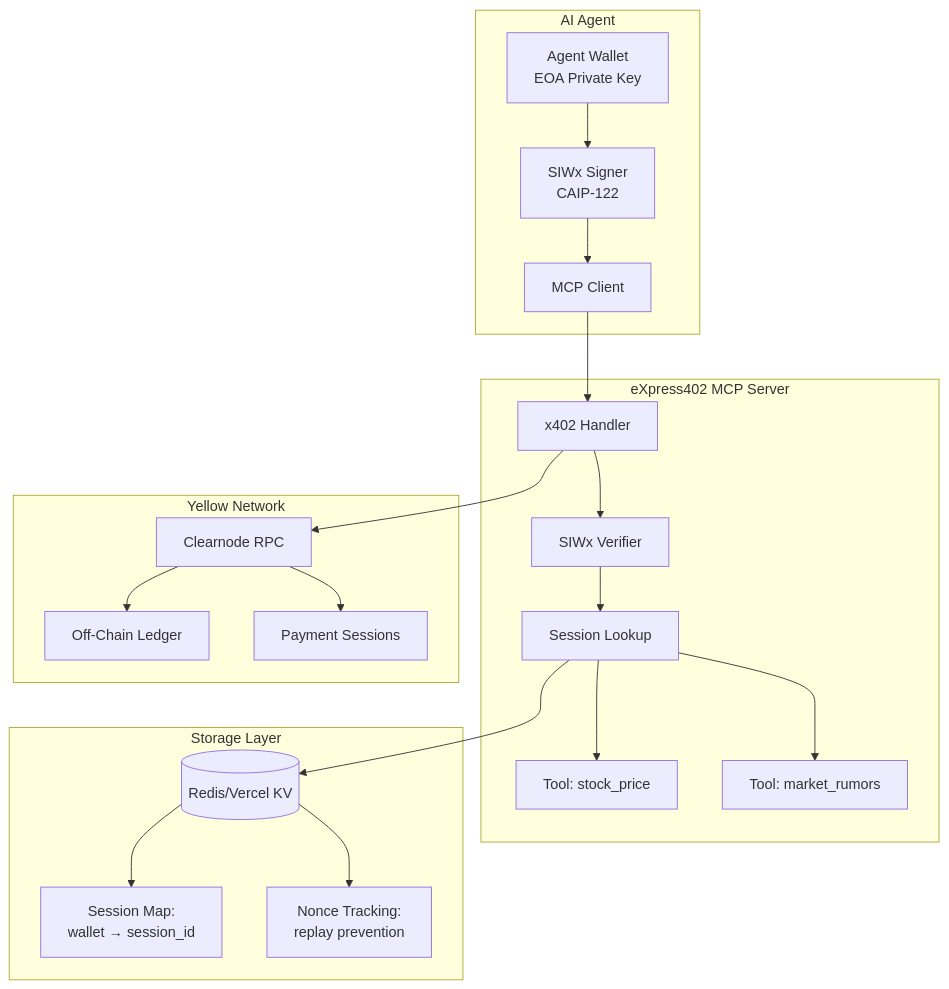
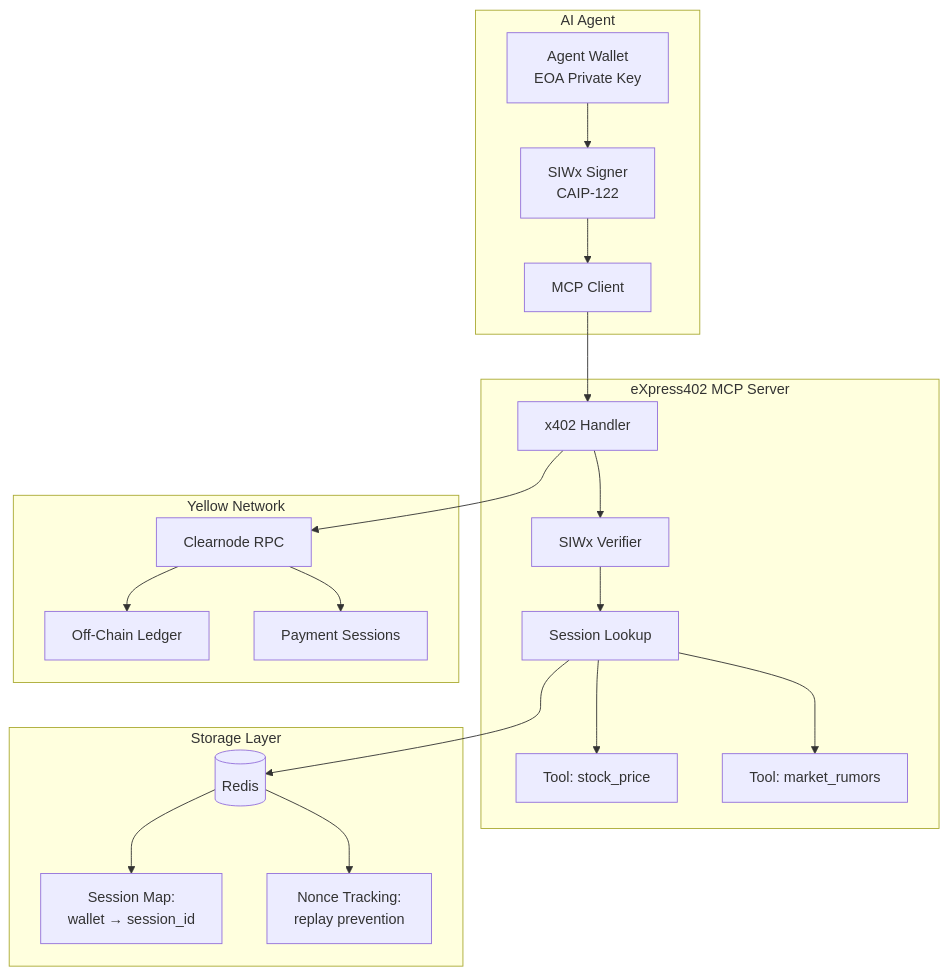
The first of 8 diagrams in docs/HACKATHON-FLOWS.md (vhspace/eXpress402), drawn with Mermaid before and after one commit. The commit also changed other lines of this file, not shown here.

First line of the commit message:
docs: remove Vercel KV mention in hackathon flows

````diff
--- a/docs/HACKATHON-FLOWS.md
+++ b/docs/HACKATHON-FLOWS.md
@@ -25,42 +25,42 @@
 ```mermaid
 graph TB
     subgraph "AI Agent"
         A1[Agent Wallet<br/>EOA Private Key]
         A2[SIWx Signer<br/>CAIP-122]
         A3[MCP Client]
     end
     
     subgraph "eXpress402 MCP Server"
         S1[x402 Handler]
         S2[SIWx Verifier]
         S3[Session Lookup]
         S4[Tool: stock_price]
         S5[Tool: market_rumors]
     end
     
     subgraph "Storage Layer"
-        R1[(Redis/Vercel KV)]
+        R1[(Redis)]
         R2[Session Map:<br/>wallet → session_id]
         R3[Nonce Tracking:<br/>replay prevention]
     end
     
     subgraph "Yellow Network"
         Y1[Clearnode RPC]
         Y2[Off-Chain Ledger]
         Y3[Payment Sessions]
     end
     
     A1 --> A2
     A2 --> A3
     A3 --> S1
     S1 --> S2
     S2 --> S3
     S3 --> R1
     R1 --> R2
     R1 --> R3
     S3 --> S4
     S3 --> S5
     S1 --> Y1
     Y1 --> Y2
     Y1 --> Y3
 ```
````
